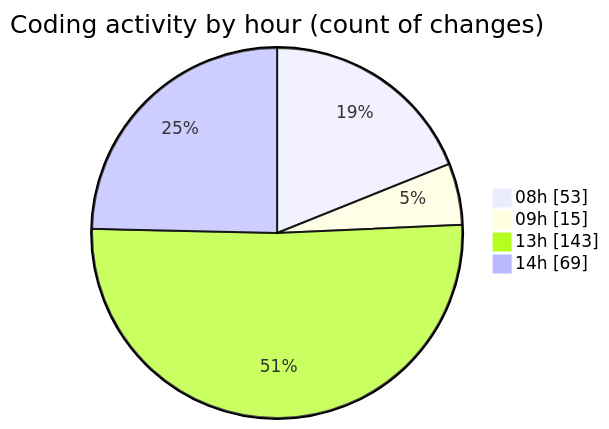
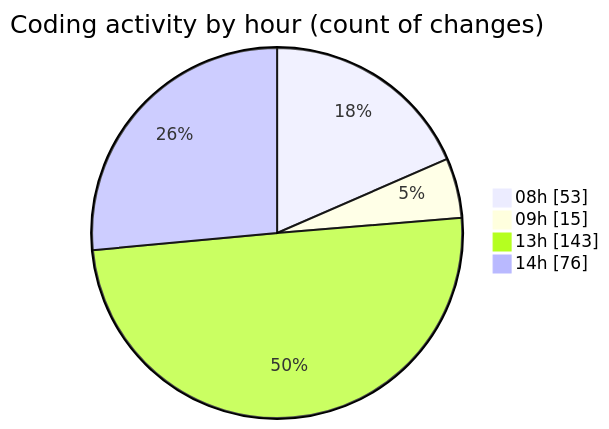
One commit to momahboobian/code-tracking changed the second of 2 diagrams in 2026-05-01/cda/README.md. Above: the diagram before and after it, drawn with Mermaid. The commit also changed other lines of this file and 1 other file, not shown here.

````diff
--- a/2026-05-01/cda/README.md
+++ b/2026-05-01/cda/README.md
@@ -75,8 +75,8 @@
 ```mermaid
 pie showData
 title Coding activity by hour (count of changes)
 "08h" : 53
 "09h" : 15
 "13h" : 143
-"14h" : 69
+"14h" : 76
 ```
````
